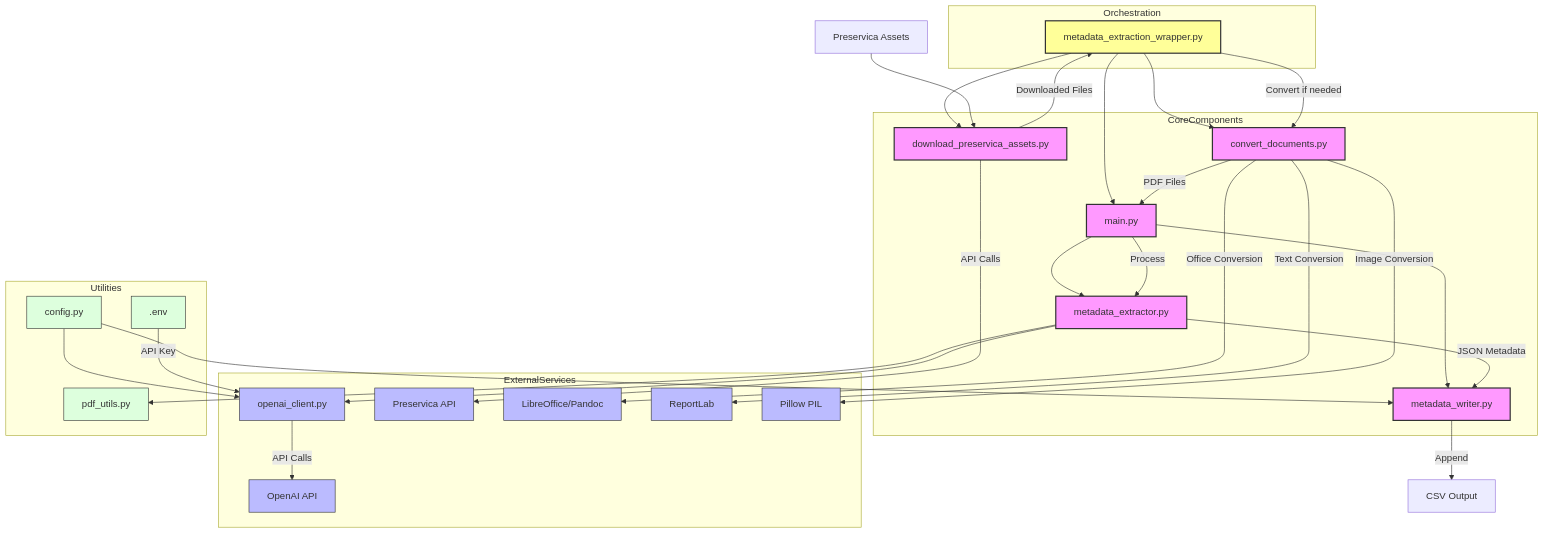
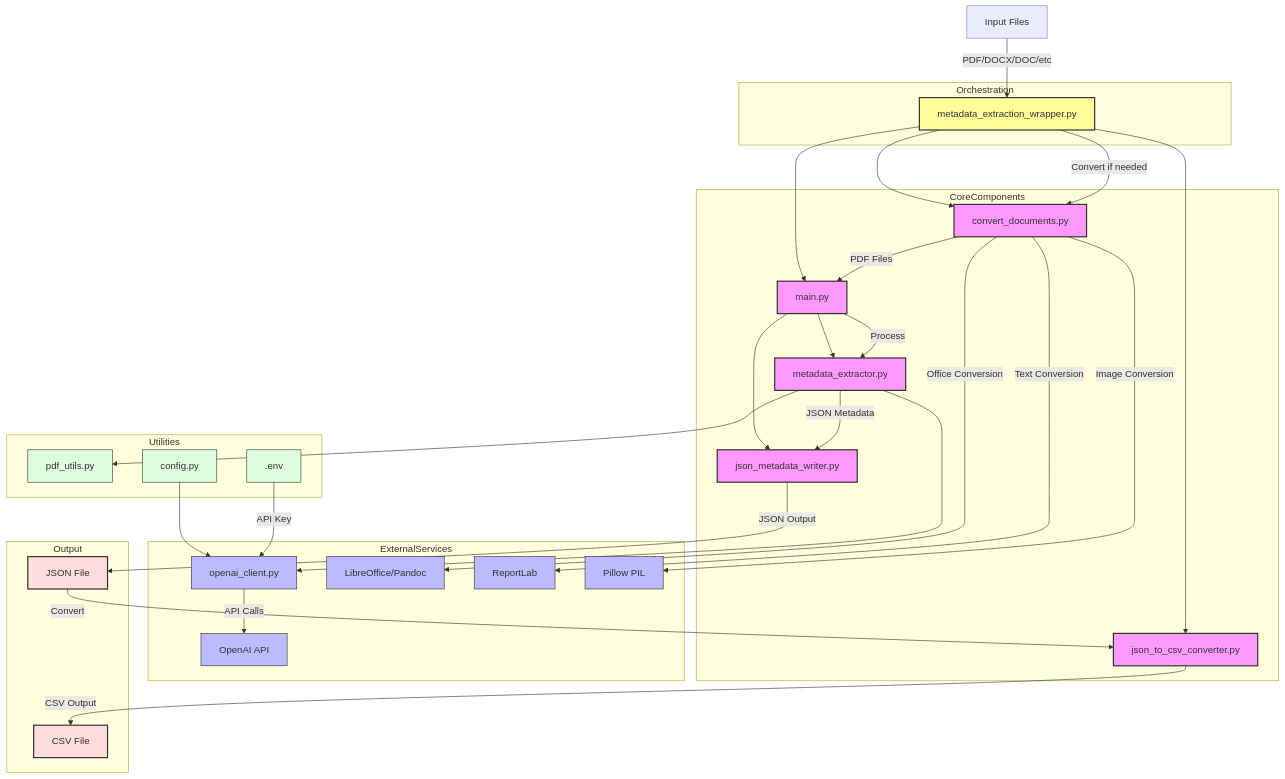
The diagram in README.md (icaew-digital-archive/metadata-extraction), drawn with Mermaid before and after one commit. The commit also changed other lines of this file, not shown here.

````diff
--- a/README.md
+++ b/README.md
@@ -7,73 +15,78 @@
 ```mermaid
 graph TD
     %% Main Components
-    Wrapper[metadata_extraction_wrapper.py] --> Download[download_preservica_assets.py]
-    Wrapper --> Main[main.py]
+    Wrapper[metadata_extraction_wrapper.py] --> Main[main.py]
     Wrapper --> Converter[convert_documents.py]
+    Wrapper --> JSONConverter[json_to_csv_converter.py]
     Main --> Extractor[metadata_extractor.py]
-    Main --> Writer[metadata_writer.py]
+    Main --> JSONWriter[json_metadata_writer.py]
     
     %% Metadata Extractor Dependencies
     Extractor --> OpenAIClient[openai_client.py]
     Extractor --> PDFUtils[pdf_utils.py]
     
     %% Configuration and Environment
     Config[config.py] --> OpenAIClient
-    Config --> Writer
     Env[.env] -->|API Key| OpenAIClient
     
     %% Data Flow
-    Preservica[Preservica Assets] --> Download
-    Download -->|Downloaded Files| Wrapper
+    InputFiles[Input Files] -->|PDF/DOCX/DOC/etc| Wrapper
     Wrapper -->|Convert if needed| Converter
     Converter -->|PDF Files| Main
     Main -->|Process| Extractor
-    Extractor -->|JSON Metadata| Writer
-    Writer -->|Append| CSV[CSV Output]
+    Extractor -->|JSON Metadata| JSONWriter
+    JSONWriter -->|JSON Output| JSONFile[JSON File]
+    JSONFile -->|Convert| JSONConverter
+    JSONConverter -->|CSV Output| CSVFile[CSV File]
     
     %% External Services
     OpenAIClient -->|API Calls| OpenAI[OpenAI API]
-    Download -->|API Calls| PreservicaAPI[Preservica API]
     Converter -->|Office Conversion| LibreOffice[LibreOffice/Pandoc]
     Converter -->|Text Conversion| ReportLab[ReportLab]
     Converter -->|Image Conversion| Pillow[Pillow PIL]
     
     %% Component Details
     subgraph Orchestration
         Wrapper
     end
     
     subgraph CoreComponents
         Main
         Extractor
-        Writer
-        Download
+        JSONWriter
         Converter
+        JSONConverter
     end
     
     subgraph ExternalServices
         OpenAIClient
         OpenAI
-        PreservicaAPI
         LibreOffice
         ReportLab
         Pillow
     end
     
     subgraph Utilities
         PDFUtils
         Config
         Env
     end
     
+    subgraph Output
+        JSONFile
+        CSVFile
+    end
+    
     %% Styling
     classDef primary fill:#f9f,stroke:#333,stroke-width:2px
     classDef secondary fill:#bbf,stroke:#333,stroke-width:1px
     classDef utility fill:#dfd,stroke:#333,stroke-width:1px
     classDef wrapper fill:#ff9,stroke:#333,stroke-width:2px
+    classDef output fill:#fdd,stroke:#333,stroke-width:2px
     
     class Wrapper wrapper
-    class Main,Extractor,Writer,Download,Converter primary
-    class OpenAIClient,OpenAI,PreservicaAPI,LibreOffice,ReportLab,Pillow secondary
+    class Main,Extractor,JSONWriter,Converter,JSONConverter primary
+    class OpenAIClient,OpenAI,LibreOffice,ReportLab,Pillow secondary
     class PDFUtils,Config,Env utility
+    class JSONFile,CSVFile output
 ```
````
